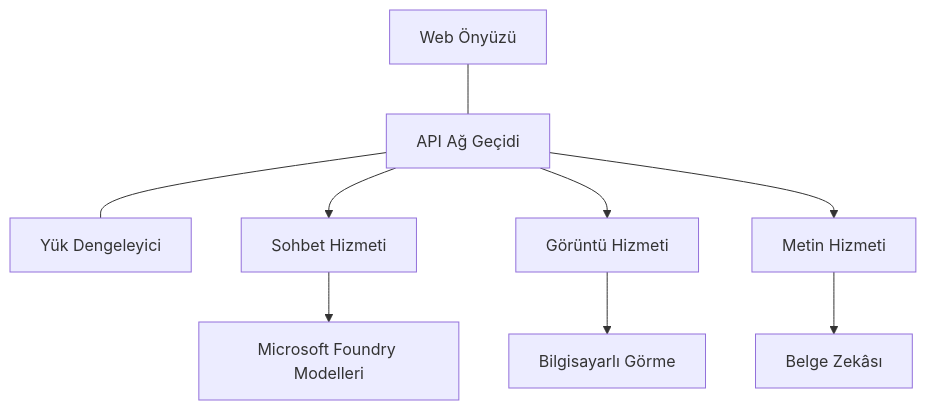
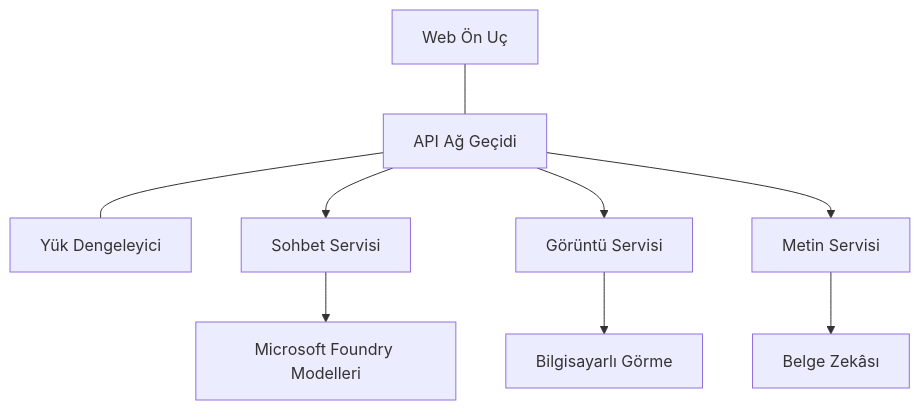
One commit to microsoft/AZD-for-beginners changed the diagram in translations/tr/docs/chapter-08-production/production-ai-practices.md. Above: the diagram before and after it, drawn with Mermaid. The commit also changed other lines of this file and 104 other files, not shown here.

````diff
--- a/translations/tr/docs/chapter-08-production/production-ai-practices.md
+++ b/translations/tr/docs/chapter-08-production/production-ai-practices.md
@@ -30,10 +30,10 @@
 ```mermaid
 graph TD
-    Frontend[Web Önyüzü] --- Gateway[API Ağ Geçidi] --- LB[Yük Dengeleyici]
-    Gateway --> Chat[Sohbet Hizmeti]
-    Gateway --> Image[Görüntü Hizmeti]
-    Gateway --> Text[Metin Hizmeti]
+    Frontend[Web Ön Uç] --- Gateway[API Ağ Geçidi] --- LB[Yük Dengeleyici]
+    Gateway --> Chat[Sohbet Servisi]
+    Gateway --> Image[Görüntü Servisi]
+    Gateway --> Text[Metin Servisi]
     Chat --> OpenAI[Microsoft Foundry Modelleri]
     Image --> Vision[Bilgisayarlı Görme]
     Text --> DocIntel[Belge Zekâsı]
 ```
````
